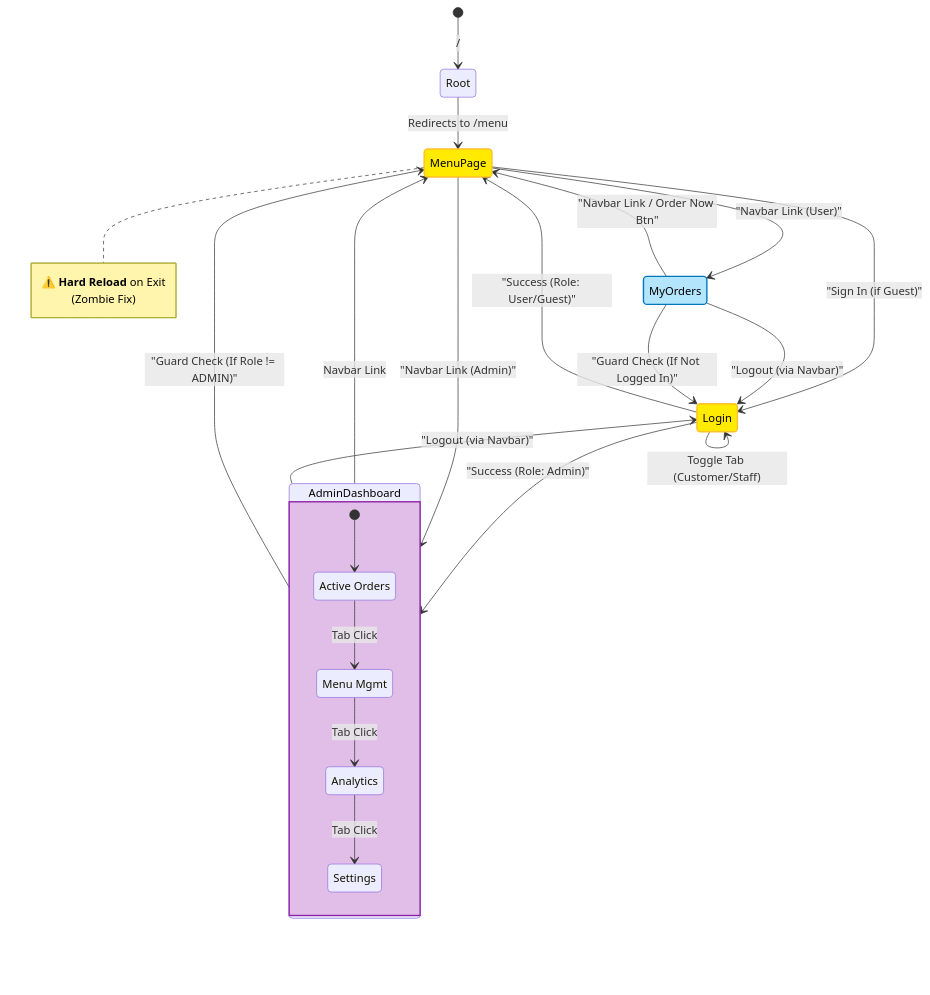
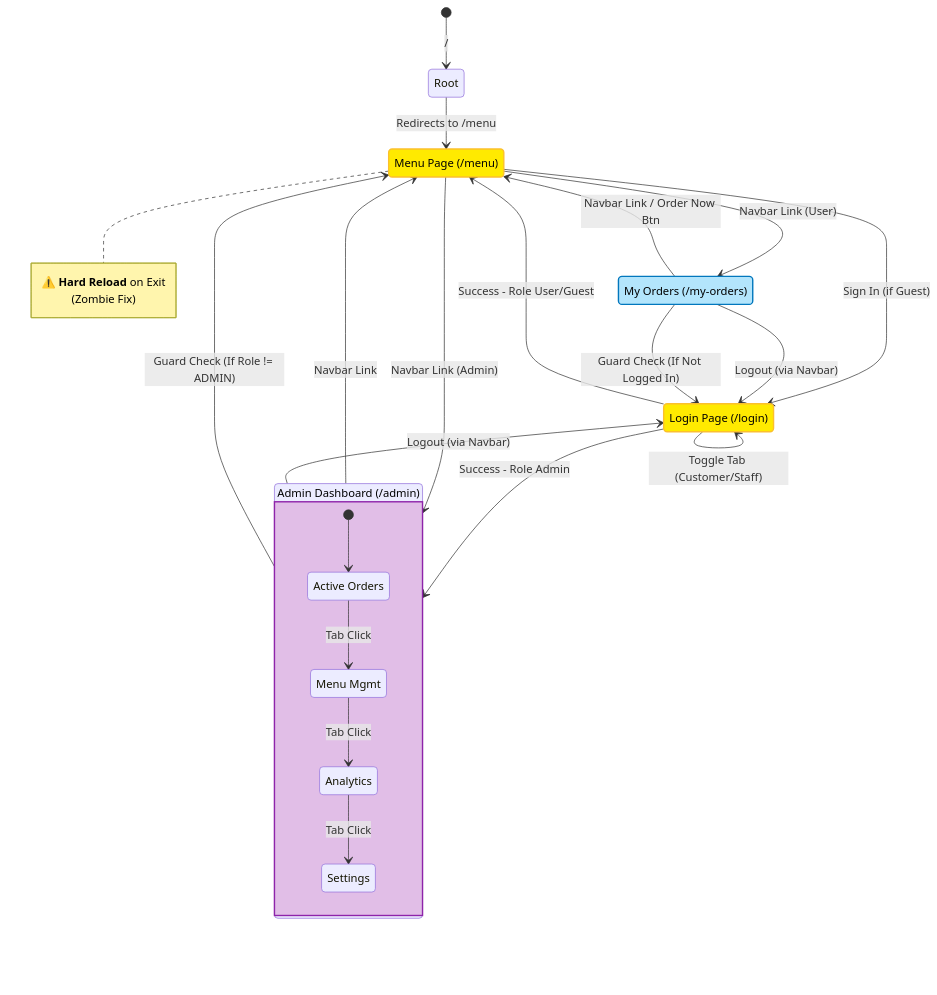
Before and after one commit to itshard2name-gmail/mini-restaurant-app: the diagram in docs/FRONTEND_FLOW.md, drawn with Mermaid.

Commit message:
docs: sanitize mermaid diagram syntax

````diff
--- a/docs/FRONTEND_FLOW.md
+++ b/docs/FRONTEND_FLOW.md
@@ -15,59 +15,58 @@
 ```mermaid
 stateDiagram-v2
     classDef shared fill:#ffea00,color:#000,stroke:#fbc02d,stroke-width:2px;
     classDef admin fill:#e1bee7,color:#000,stroke:#8e24aa,stroke-width:2px;
     classDef user fill:#b3e5fc,color:#000,stroke:#0277bd,stroke-width:2px;
 
     [*] --> Root: /
     Root --> MenuPage: Redirects to /menu
 
-    state Login: Login Page (/login)
-    state MenuPage: Menu Page (/menu)
-    state MyOrders: My Orders (/my-orders)
-    state AdminDashboard: Admin Dashboard (/admin)
+    state "Login Page (/login)" as Login
+    state "Menu Page (/menu)" as MenuPage
+    state "My Orders (/my-orders)" as MyOrders
+    state "Admin Dashboard (/admin)" as AdminDashboard
 
     %% --- Login Flow ---
-    %% --- Login Flow ---
     Login --> Login: Toggle Tab (Customer/Staff)
-    Login --> MenuPage: "Success (Role: User/Guest)"
-    Login --> AdminDashboard: "Success (Role: Admin)"
+    Login --> MenuPage: Success - Role User/Guest
+    Login --> AdminDashboard: Success - Role Admin
 
     %% --- Navigation Bar (Global) ---
-    MenuPage --> Login: "Sign In (if Guest)"
-    MenuPage --> MyOrders: "Navbar Link (User)"
-    MenuPage --> AdminDashboard: "Navbar Link (Admin)"
+    MenuPage --> Login: Sign In (if Guest)
+    MenuPage --> MyOrders: Navbar Link (User)
+    MenuPage --> AdminDashboard: Navbar Link (Admin)
     
-    MyOrders --> MenuPage: "Navbar Link / Order Now Btn"
-    MyOrders --> Login: "Logout (via Navbar)"
+    MyOrders --> MenuPage: Navbar Link / Order Now Btn
+    MyOrders --> Login: Logout (via Navbar)
 
     AdminDashboard --> MenuPage: Navbar Link
-    AdminDashboard --> Login: "Logout (via Navbar)"
+    AdminDashboard --> Login: Logout (via Navbar)
 
     %% --- Internal States: Admin Dashboard ---
     state AdminDashboard {
         [*] --> OrdersTab
         state "Active Orders" as OrdersTab
         state "Menu Mgmt" as MenuTab
         state "Analytics" as AnalyticsTab
         state "Settings" as SettingsTab
 
         OrdersTab --> MenuTab: Tab Click
         MenuTab --> AnalyticsTab: Tab Click
         AnalyticsTab --> SettingsTab: Tab Click
     }
 
     %% --- Edge Cases / Guards ---
-    AdminDashboard --> MenuPage: "Guard Check (If Role != ADMIN)"
-    MyOrders --> Login: "Guard Check (If Not Logged In)"
+    AdminDashboard --> MenuPage: Guard Check (If Role != ADMIN)
+    MyOrders --> Login: Guard Check (If Not Logged In)
     
     %% --- Sub-App Specifics ---
     note right of MenuPage
         ⚠️ **Hard Reload** on Exit
         (Zombie Fix)
     end note
 
     class Login shared
     class MenuPage shared
     class AdminDashboard admin
     class MyOrders user
 ```
````
